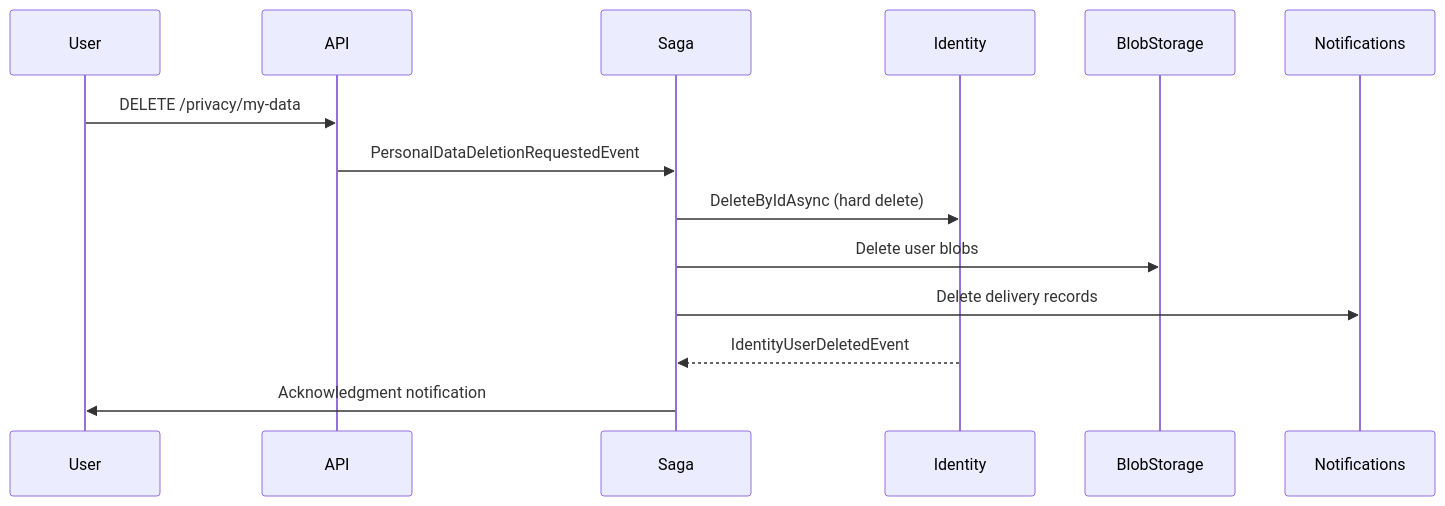
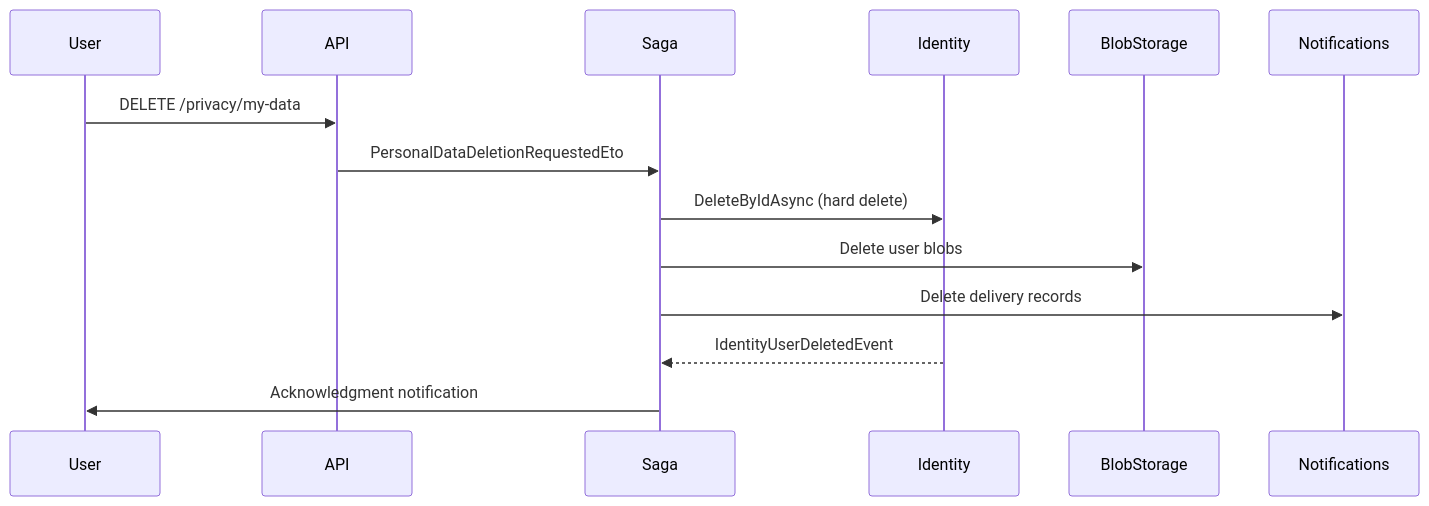
Before and after one commit to granit-fx/granit-dotnet: the second of 2 diagrams in docs-site/src/content/docs/dotnet/security/privacy.mdx, drawn with Mermaid. The commit also changed other lines of this file and 49 other files, not shown here.

First line of the commit message:
refactor(events): standardize event naming — *Event for domain, *Eto for integration (#461)

````diff
--- a/docs-site/src/content/docs/dotnet/security/privacy.mdx
+++ b/docs-site/src/content/docs/dotnet/security/privacy.mdx
@@ -88,17 +88,17 @@
 ```mermaid
 sequenceDiagram
     participant User
     participant API
     participant Saga
     participant Identity
     participant BlobStorage
     participant Notifications
 
     User->>API: DELETE /privacy/my-data
-    API->>Saga: PersonalDataDeletionRequestedEvent
+    API->>Saga: PersonalDataDeletionRequestedEto
     Saga->>Identity: DeleteByIdAsync (hard delete)
     Saga->>BlobStorage: Delete user blobs
     Saga->>Notifications: Delete delivery records
     Identity-->>Saga: IdentityUserDeletedEvent
     Saga->>User: Acknowledgment notification
 ```
````
